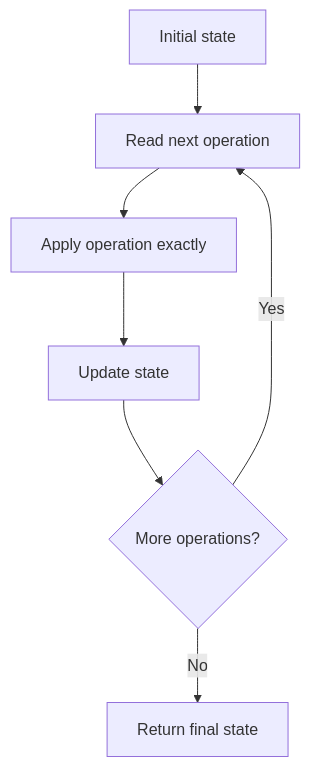
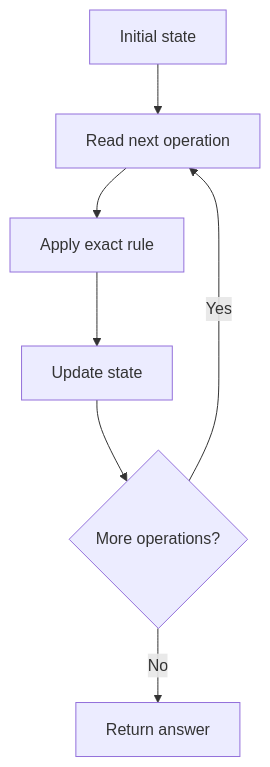
Before and after one commit to mthaiseer/springcloud-systemdesign-notes: the fourth of 23 diagrams in CP_DSA_NOTES/001_TOPIC_WISE/013_ADHOC_PROBLEMS.md, drawn with Mermaid. The commit also changed other lines of this file and 1 other file, not shown here.

````diff
--- a/CP_DSA_NOTES/001_TOPIC_WISE/013_ADHOC_PROBLEMS.md
+++ b/CP_DSA_NOTES/001_TOPIC_WISE/013_ADHOC_PROBLEMS.md
@@ -255,9 +277,9 @@
 ```mermaid
 flowchart TD
     A["Initial state"] --> B["Read next operation"]
-    B --> C["Apply operation exactly"]
+    B --> C["Apply exact rule"]
     C --> D["Update state"]
     D --> E{"More operations?"}
     E -->|Yes| B
-    E -->|No| F["Return final state"]
+    E -->|No| F["Return answer"]
 ```
````
